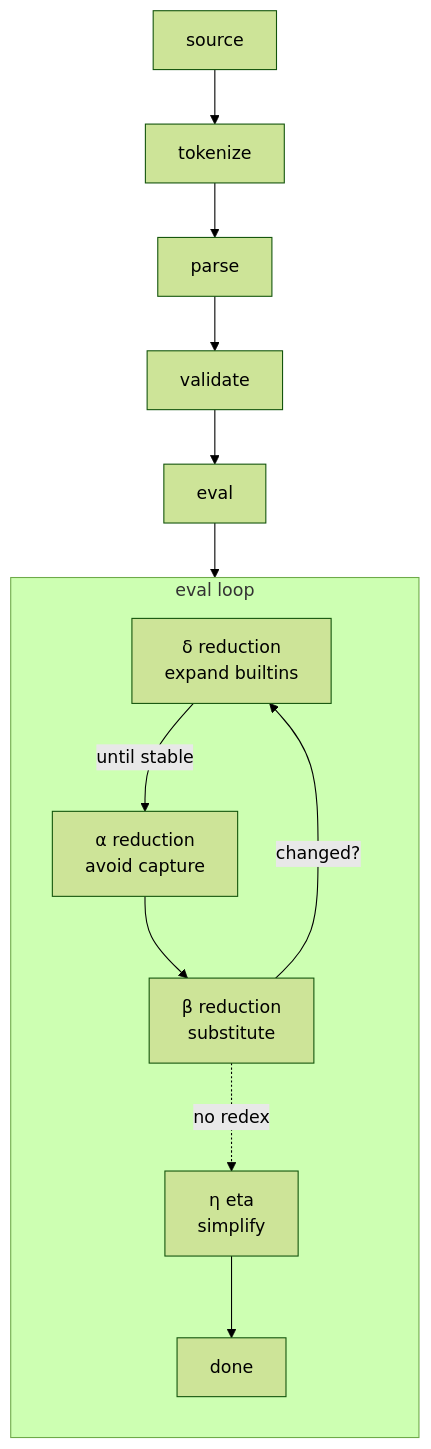
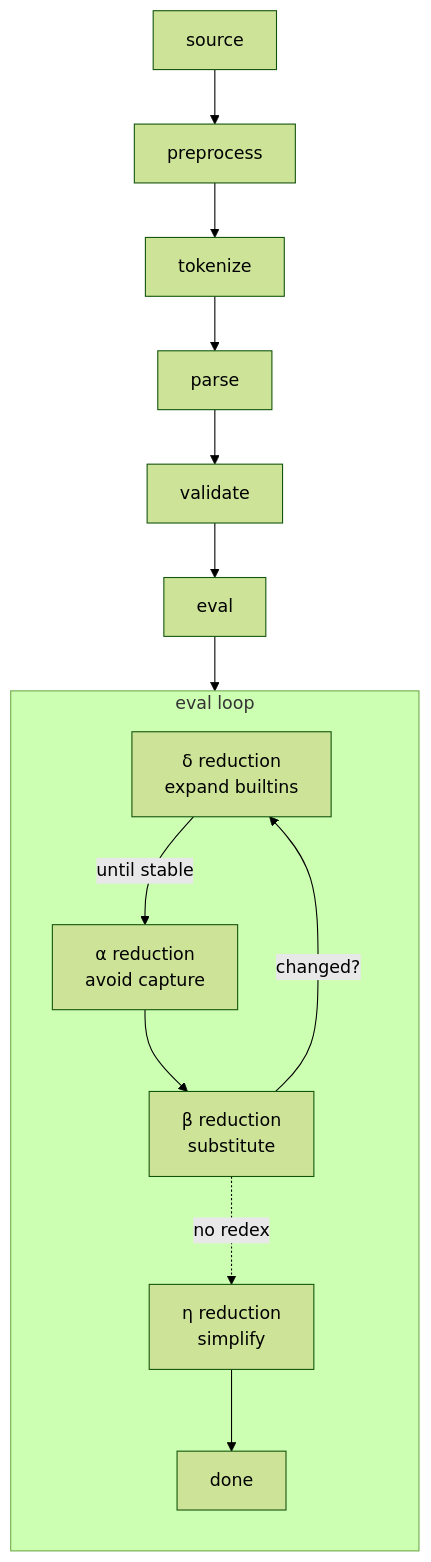
One commit to menaruben/lambda changed the diagram in presentation.md. Above: the diagram before and after it, drawn with Mermaid (forest theme). The commit also changed other lines of this file and 8 other files, not shown here.

````diff
--- a/presentation.md
+++ b/presentation.md
@@ -56,27 +55,28 @@
 ```mermaid +render
 flowchart
-    A[source] --> B[tokenize]
+    A[source] --> PRE[preprocess]
+    PRE --> B[tokenize]
     B --> C[parse]
     C --> D[validate]
     D --> E[eval]
 
     subgraph LOOP["eval loop"]
         direction TB
 
         DONE[done]
 
         DELTA["δ reduction<br/>expand builtins"]
         ALPHA["α reduction<br/>avoid capture"]
         BETA["β reduction<br/>substitute"]
-        ETA["η eta<br/>simplify"]
+        ETA["η reduction<br/>simplify"]
 
         DELTA -->|until stable| ALPHA
         ALPHA --> BETA
         BETA -.->|no redex| ETA
         BETA -->|changed?| DELTA
 
         ETA --> DONE
     end
 
     E --> DELTA
 ```
````
